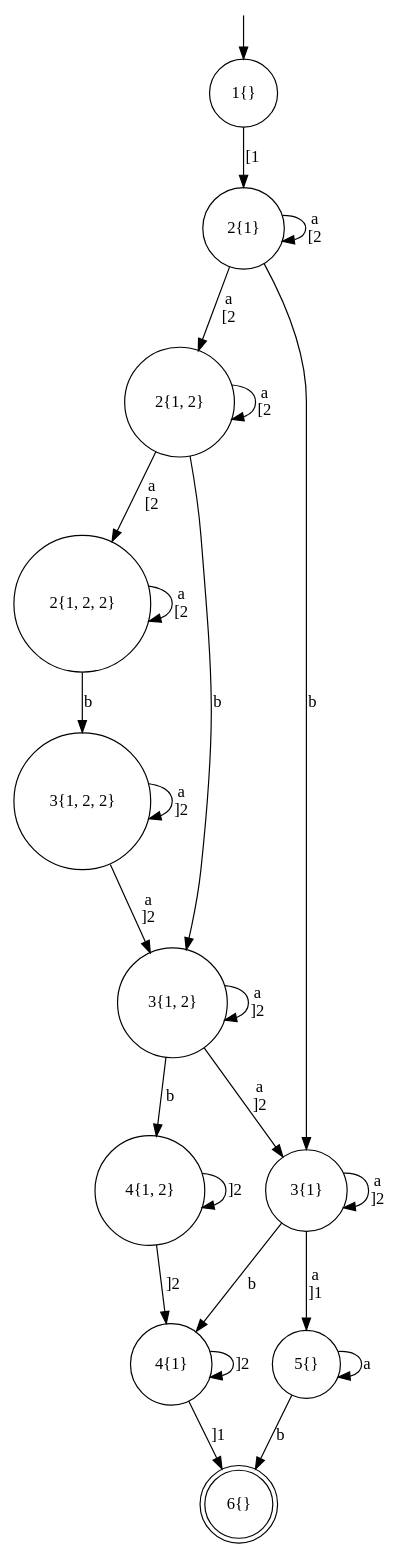
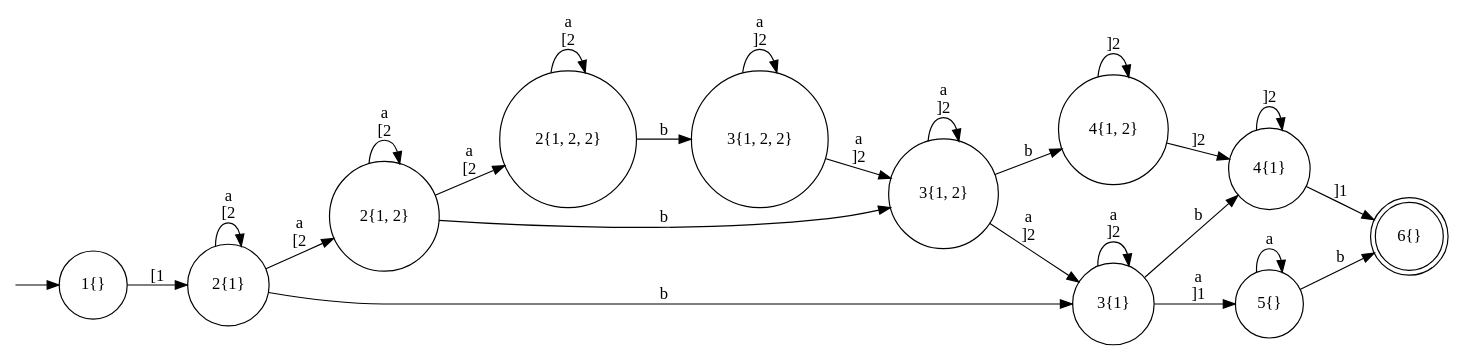
The diagram in text/graphs/normal_example_2_normal.dot (0Marble/lgraphs), drawn with Graphviz before and after one commit. The commit also changed 18 other files, not shown here.

```diff
--- a/text/graphs/normal_example_2_normal.dot
+++ b/text/graphs/normal_example_2_normal.dot
@@ -1,45 +1,46 @@
 digraph {
         node [shape=circle];
         Q0 [style=invisible, height=0, width=0, fixedsize=true];
+        rankdir = "LR";
 
         "1{}" [start=true];
         Q0 -> "1{}";
 
         "6{}" [end=true,shape=doublecircle];
 
         "2{1, 2, 2}";
         "3{1, 2, 2}";
         "3{1, 2}";
         "2{1, 2}";
         "6{}";
         "4{1, 2}";
         "5{}";
         "1{}";
         "2{1}";
         "3{1}";
         "4{1}";
 
         "2{1}" -> "2{1, 2}" [item="a[2", label="a\n[2"];
         "4{1, 2}" -> "4{1}" [item="]2", label="]2"];
         "2{1, 2}" -> "2{1, 2, 2}" [item="a[2", label="a\n[2"];
         "3{1, 2, 2}" -> "3{1, 2}" [item="a]2", label="a\n]2"];
         "5{}" -> "6{}" [item="b", label="b"];
         "2{1}" -> "3{1}" [item="b", label="b"];
         "3{1, 2}" -> "4{1, 2}" [item="b", label="b"];
         "1{}" -> "2{1}" [item="[1", label="[1"];
         "3{1, 2}" -> "3{1}" [item="a]2", label="a\n]2"];
         "5{}" -> "5{}" [item="a", label="a"];
         "4{1}" -> "6{}" [item="]1", label="]1"];
         "2{1, 2, 2}" -> "3{1, 2, 2}" [item="b", label="b"];
         "3{1}" -> "4{1}" [item="b", label="b"];
         "3{1}" -> "5{}" [item="a]1", label="a\n]1"];
         "2{1, 2}" -> "3{1, 2}" [item="b", label="b"];
         "2{1}" -> "2{1}" [item="a[2", label="a\n[2"];
         "4{1}" -> "4{1}" [item="]2", label="]2"];
         "2{1, 2}" -> "2{1, 2}" [item="a[2", label="a\n[2"];
         "4{1, 2}" -> "4{1, 2}" [item="]2", label="]2"];
         "3{1}" -> "3{1}" [item="a]2", label="a\n]2"];
         "3{1, 2}" -> "3{1, 2}" [item="a]2", label="a\n]2"];
         "2{1, 2, 2}" -> "2{1, 2, 2}" [item="a[2", label="a\n[2"];
         "3{1, 2, 2}" -> "3{1, 2, 2}" [item="a]2", label="a\n]2"];
 }
```
